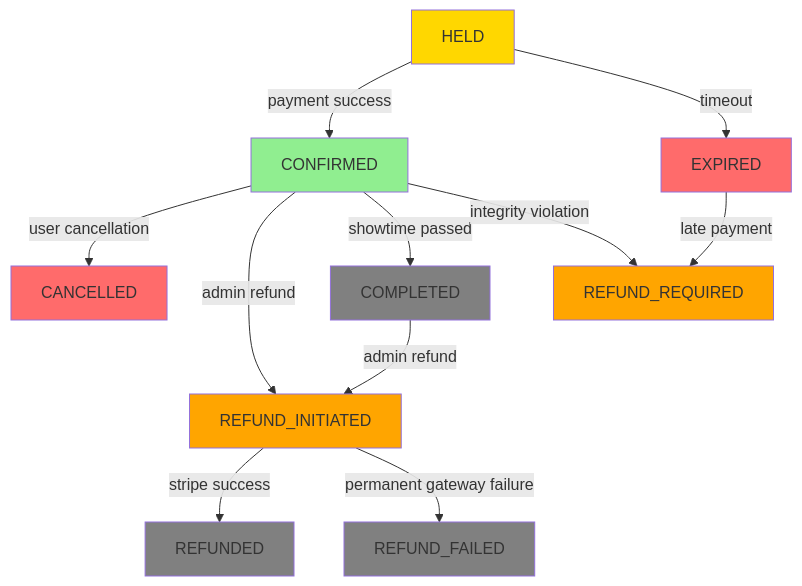
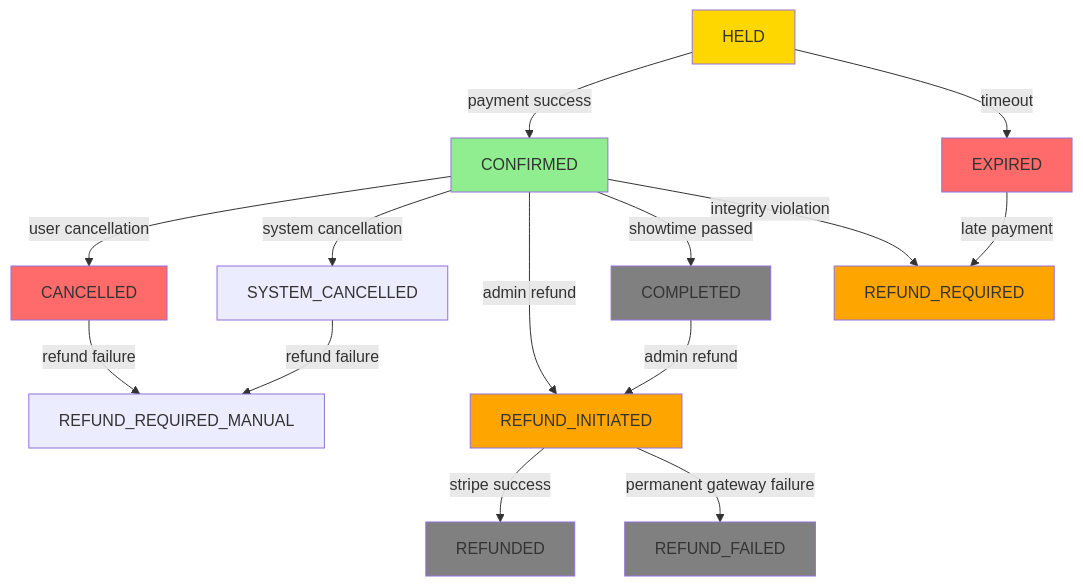
Before and after one commit to ankitkr-04/ticket-ledger: the second of 4 diagrams in docs/architecture/002_lifecycle_states.md, drawn with Mermaid. The commit also changed other lines of this file and 4 other files, not shown here.

Commit message:
add documentation for booking failure recovery and reclamation strategy; add new sections on reliability matrix and refund failure handling

````diff
--- a/docs/architecture/002_lifecycle_states.md
+++ b/docs/architecture/002_lifecycle_states.md
@@ -181,23 +195,26 @@
 ```mermaid
 graph TD
     H[HELD] -->|payment success| C[CONFIRMED]
     H -->|timeout| E[EXPIRED]
     C -->|user cancellation| CA[CANCELLED]
+    C -->|system cancellation| SC[SYSTEM_CANCELLED]
     C -->|admin refund| RI[REFUND_INITIATED]
     RI -->|stripe success| RF[REFUNDED]
     RI -->|permanent gateway failure| RFF[REFUND_FAILED]
     C -->|showtime passed| CO[COMPLETED]
     CO -->|admin refund| RI
     E -->|late payment| RR[REFUND_REQUIRED]
     C -->|integrity violation| RR
+    CA -->|refund failure| RRM[REFUND_REQUIRED_MANUAL]
+    SC -->|refund failure| RRM[REFUND_REQUIRED_MANUAL]
     
     style H fill:#FFD700
     style C fill:#90EE90
     style E fill:#FF6B6B
     style CA fill:#FF6B6B
     style RI fill:#FFA500
     style RF fill:#808080
     style RFF fill:#808080
     style CO fill:#808080
     style RR fill:#FFA500
 ```
````
